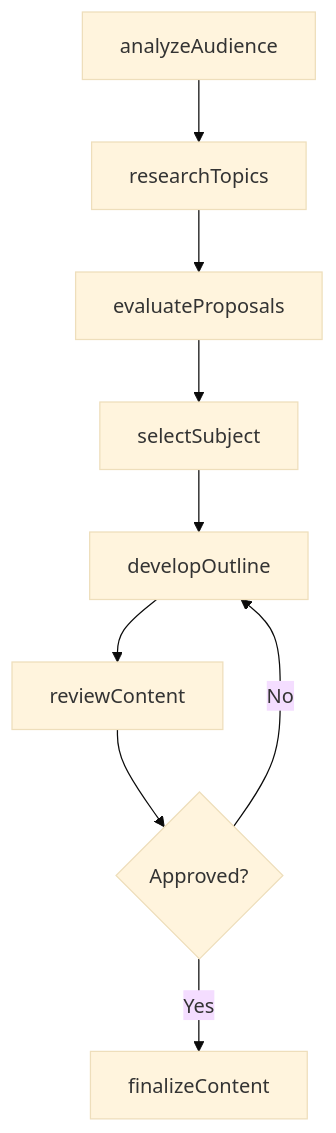
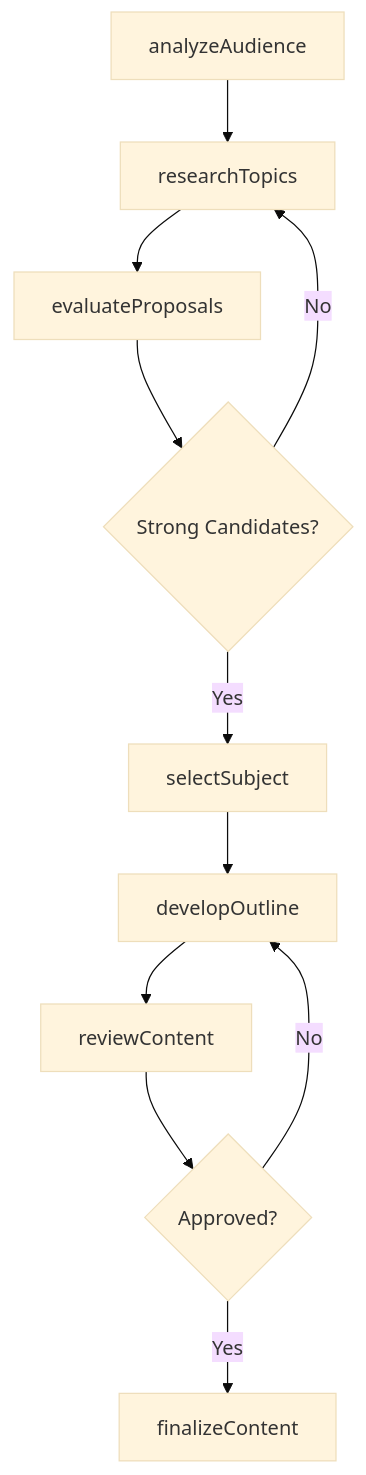
Before and after one commit to dot-org-ai/tasks.org.ai: the third of 4 diagrams in ThinkingCreatively/DevelopNewsEntertainmentOrArtisticContent/DeterminePresentationSubjectsContent.mdx, drawn with Mermaid (base theme). The commit also changed other lines of this file and 504 other files, not shown here.

First line of the commit message:
feat: Add ER diagrams, state diagrams, and workflow improvements to 96 DWA task files

````diff
--- a/ThinkingCreatively/DevelopNewsEntertainmentOrArtisticContent/DeterminePresentationSubjectsContent.mdx
+++ b/ThinkingCreatively/DevelopNewsEntertainmentOrArtisticContent/DeterminePresentationSubjectsContent.mdx
@@ -86,11 +114,13 @@
 ```mermaid
 graph TD
     A[analyzeAudience] --> B[researchTopics]
     B --> C[evaluateProposals]
-    C --> D[selectSubject]
-    D --> E[developOutline]
-    E --> F[reviewContent]
-    F --> G{Approved?}
-    G -->|Yes| H[finalizeContent]
-    G -->|No| E
+    C --> D{Strong Candidates?}
+    D -->|No| B
+    D -->|Yes| E[selectSubject]
+    E --> F[developOutline]
+    F --> G[reviewContent]
+    G --> H{Approved?}
+    H -->|Yes| I[finalizeContent]
+    H -->|No| F
 ```
````
